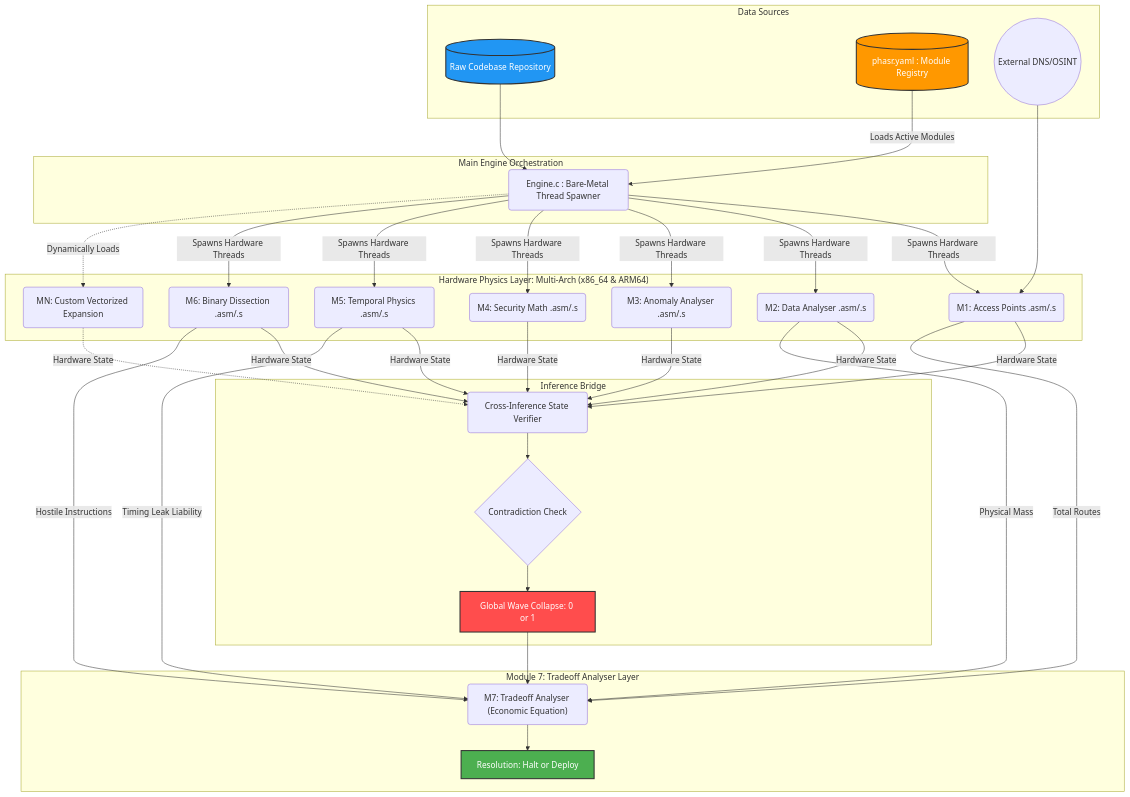
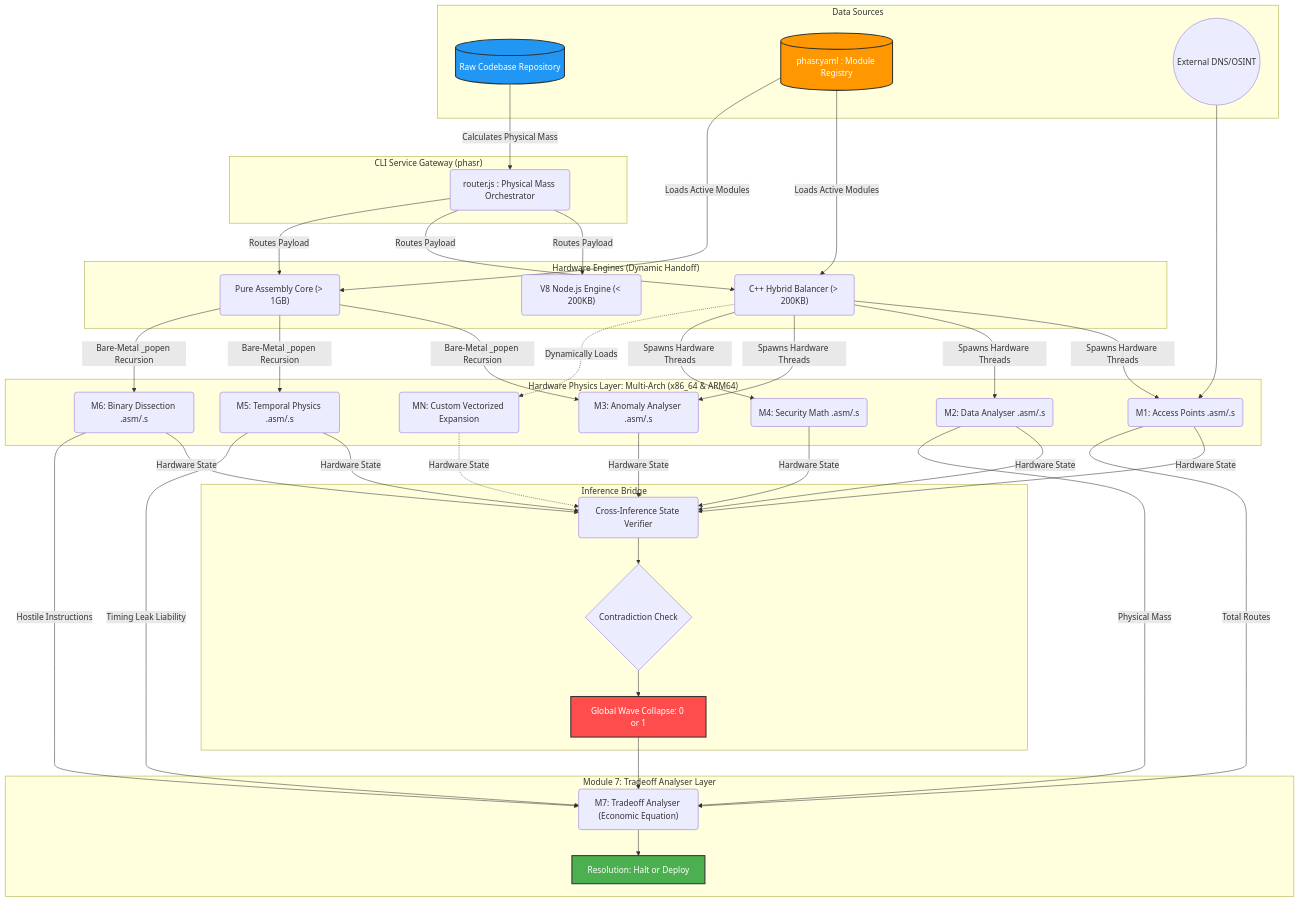
Before and after one commit to Zeo120/ZTL-Tech: the diagram in Documents/DataFlow_Architecture.md, drawn with Mermaid. The commit also changed other lines of this file, not shown here.

Commit message:
docs(architecture): update Global State Resolution Map to include the new CLI Service Gateway router.js

```diff
--- a/Documents/DataFlow_Architecture.md
+++ b/Documents/DataFlow_Architecture.md
@@ -13,14 +13,25 @@
         Internet(("External DNS/OSINT"))
     end
 
-    %% Dynamic Main Engine
-    subgraph Core ["Main Engine Orchestration"]
-        Engine("Engine.c : Bare-Metal Thread Spawner")
+    %% CLI Service Gateway (The Dynamic Router)
+    subgraph CLI ["CLI Service Gateway (phasr)"]
+        Router("router.js : Physical Mass Orchestrator")
     end
 
-    Manifest -->|Loads Active Modules| Engine
-    Codebase --> Engine
+    %% Dynamic Main Engine
+    subgraph Core ["Hardware Engines (Dynamic Handoff)"]
+        NodeEngine("V8 Node.js Engine (< 200KB)")
+        CppEngine("C++ Hybrid Balancer (> 200KB)")
+        AsmEngine("Pure Assembly Core (> 1GB)")
+    end
 
+    Codebase -->|Calculates Physical Mass| Router
+    Router -->|Routes Payload| NodeEngine
+    Router -->|Routes Payload| CppEngine
+    Router -->|Routes Payload| AsmEngine
+    
+    Manifest -->|Loads Active Modules| CppEngine
+    Manifest -->|Loads Active Modules| AsmEngine
     %% Dynamic Assembly Execution Layer
     subgraph Modules ["Hardware Physics Layer: Multi-Arch (x86_64 & ARM64)"]
         M1("M1: Access Points .asm/.s")
@@ -32,13 +43,14 @@
         MN("MN: Custom Vectorized Expansion")
     end
 
-    Engine -->|Spawns Hardware Threads| M1
-    Engine -->|Spawns Hardware Threads| M2
-    Engine -->|Spawns Hardware Threads| M3
-    Engine -->|Spawns Hardware Threads| M4
-    Engine -->|Spawns Hardware Threads| M5
-    Engine -->|Spawns Hardware Threads| M6
-    Engine -.->|Dynamically Loads| MN
+    CppEngine -->|Spawns Hardware Threads| M1
+    CppEngine -->|Spawns Hardware Threads| M2
+    CppEngine -->|Spawns Hardware Threads| M3
+    CppEngine -->|Spawns Hardware Threads| M4
+    AsmEngine -->|Bare-Metal _popen Recursion| M3
+    AsmEngine -->|Bare-Metal _popen Recursion| M5
+    AsmEngine -->|Bare-Metal _popen Recursion| M6
+    CppEngine -.->|Dynamically Loads| MN
     
     Internet --> M1
 
```
